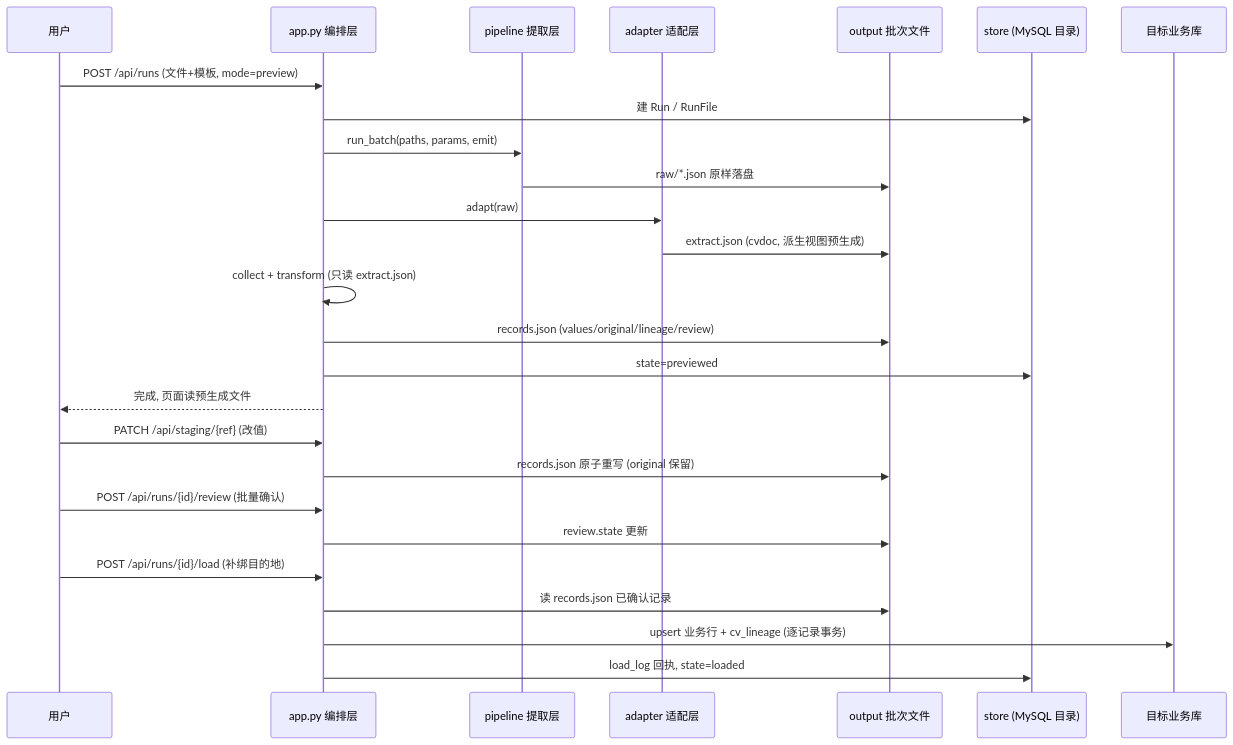
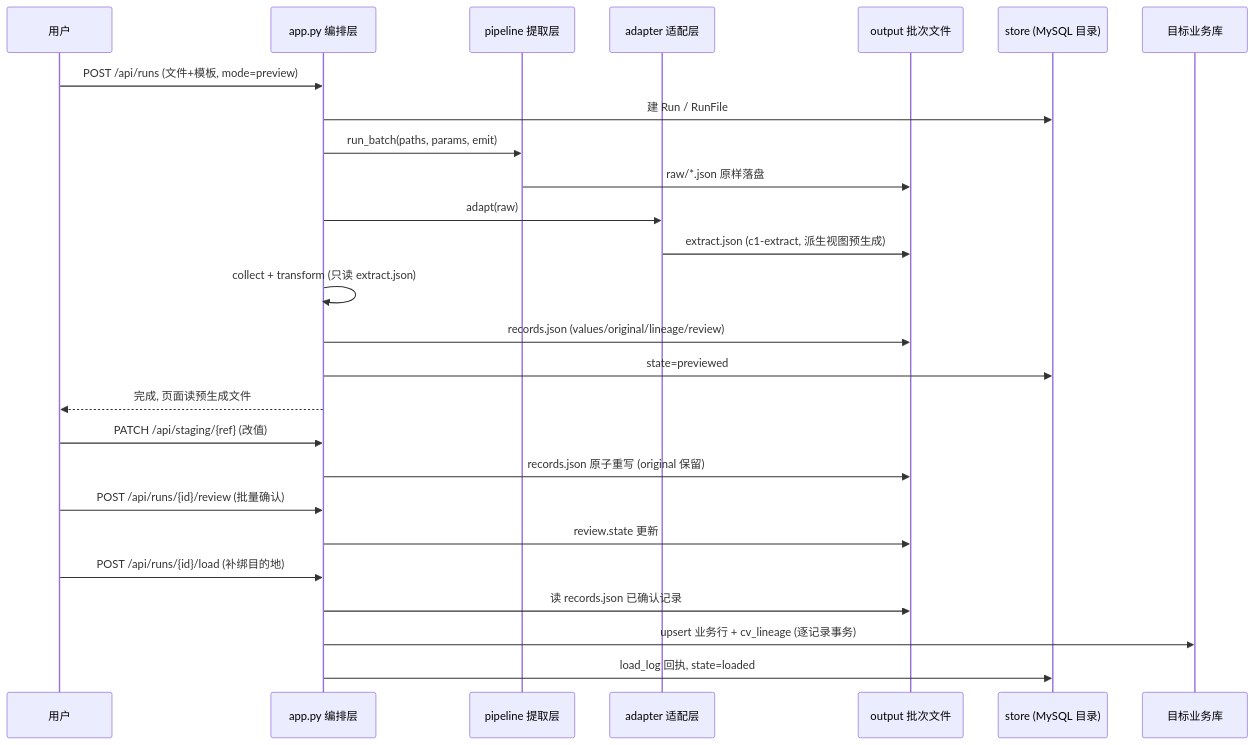
The fourth of 7 diagrams in 20-CV/mvp/docs/design-data-pipeline.md (freeedoooooo/algs), drawn with Mermaid before and after one commit. The commit also changed other lines of this file and 17 other files, not shown here.

````diff
--- a/20-CV/mvp/docs/design-data-pipeline.md
+++ b/20-CV/mvp/docs/design-data-pipeline.md
@@ -269,29 +269,29 @@
 ```mermaid
 sequenceDiagram
     participant U as 用户
     participant A as app.py 编排层
     participant P as pipeline 提取层
     participant AD as adapter 适配层
     participant F as output 批次文件
     participant S as store (MySQL 目录)
     participant T as 目标业务库
 
     U->>A: POST /api/runs (文件+模板, mode=preview)
     A->>S: 建 Run / RunFile
     A->>P: run_batch(paths, params, emit)
     P->>F: raw/*.json 原样落盘
     A->>AD: adapt(raw)
-    AD->>F: extract.json (cvdoc, 派生视图预生成)
+    AD->>F: extract.json (c1-extract, 派生视图预生成)
     A->>A: collect + transform (只读 extract.json)
     A->>F: records.json (values/original/lineage/review)
     A->>S: state=previewed
     A-->>U: 完成, 页面读预生成文件
     U->>A: PATCH /api/staging/{ref} (改值)
     A->>F: records.json 原子重写 (original 保留)
     U->>A: POST /api/runs/{id}/review (批量确认)
     A->>F: review.state 更新
     U->>A: POST /api/runs/{id}/load (补绑目的地)
     A->>F: 读 records.json 已确认记录
     A->>T: upsert 业务行 + cv_lineage (逐记录事务)
     A->>S: load_log 回执, state=loaded
 ```
````
